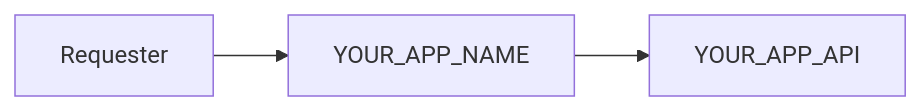
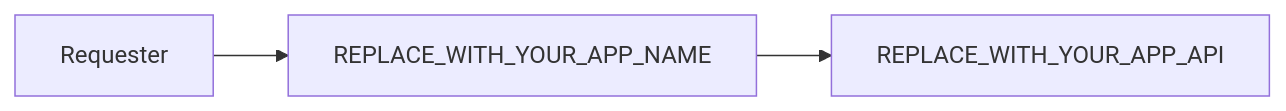
Before and after one commit to buildingwatsize/create-react-app: the diagram in packages/cra-template-watsize-antd-redux/template/README.md, drawn with Mermaid. The commit also changed other lines of this file and 12 other files, not shown here.

````diff
--- a/packages/cra-template-watsize-antd-redux/template/README.md
+++ b/packages/cra-template-watsize-antd-redux/template/README.md
@@ -14,6 +14,6 @@
 ```mermaid
   graph LR;
 
-    Requester-->YOUR_APP_NAME
-    YOUR_APP_NAME-->YOUR_APP_API
+    Requester-->REPLACE_WITH_YOUR_APP_NAME
+    REPLACE_WITH_YOUR_APP_NAME-->REPLACE_WITH_YOUR_APP_API
 ```
````
